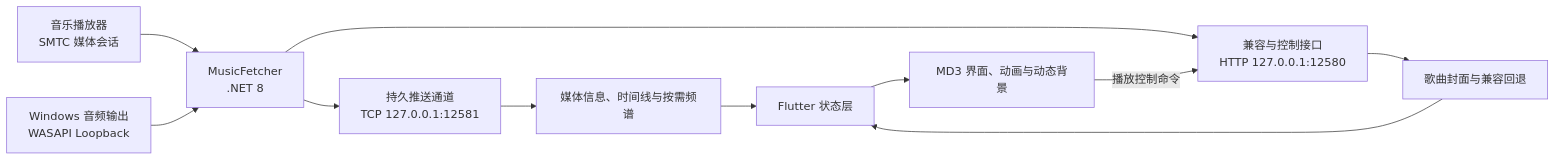
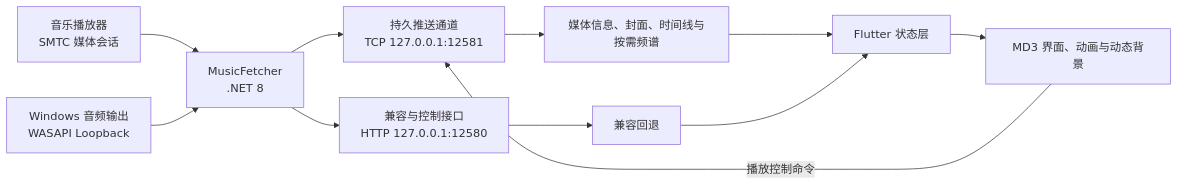
The diagram in README.md (Sylvain-cjh/MD3MusicWidget-Flutter), drawn with Mermaid before and after one commit. The commit also changed other lines of this file and 93 other files, not shown here.

````diff
--- a/README.md
+++ b/README.md
@@ -82,13 +87,13 @@
 ```mermaid
 flowchart LR
     A["音乐播放器<br>SMTC 媒体会话"] --> B["MusicFetcher<br>.NET 8"]
     C["Windows 音频输出<br>WASAPI Loopback"] --> B
     B --> D["持久推送通道<br>TCP 127.0.0.1:12581"]
     B --> J["兼容与控制接口<br>HTTP 127.0.0.1:12580"]
-    D --> E["媒体信息、时间线与按需频谱"]
-    J --> F["歌曲封面与兼容回退"]
+    D --> E["媒体信息、封面、时间线与按需频谱"]
+    J --> F["兼容回退"]
     E --> H["Flutter 状态层"]
     F --> H
     H --> I["MD3 界面、动画与动态背景"]
-    I -->|播放控制命令| J
+    I -->|播放控制命令| D
 ```
````
